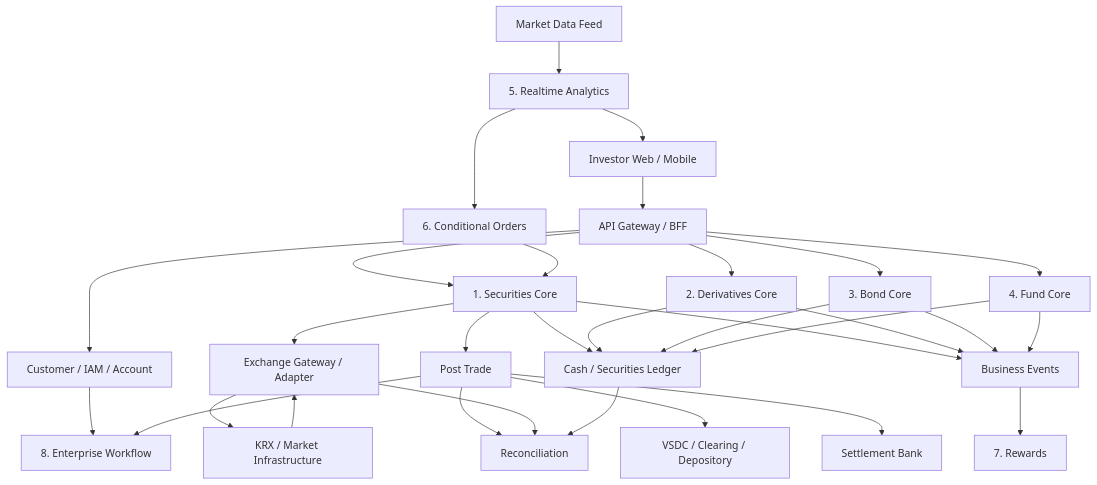
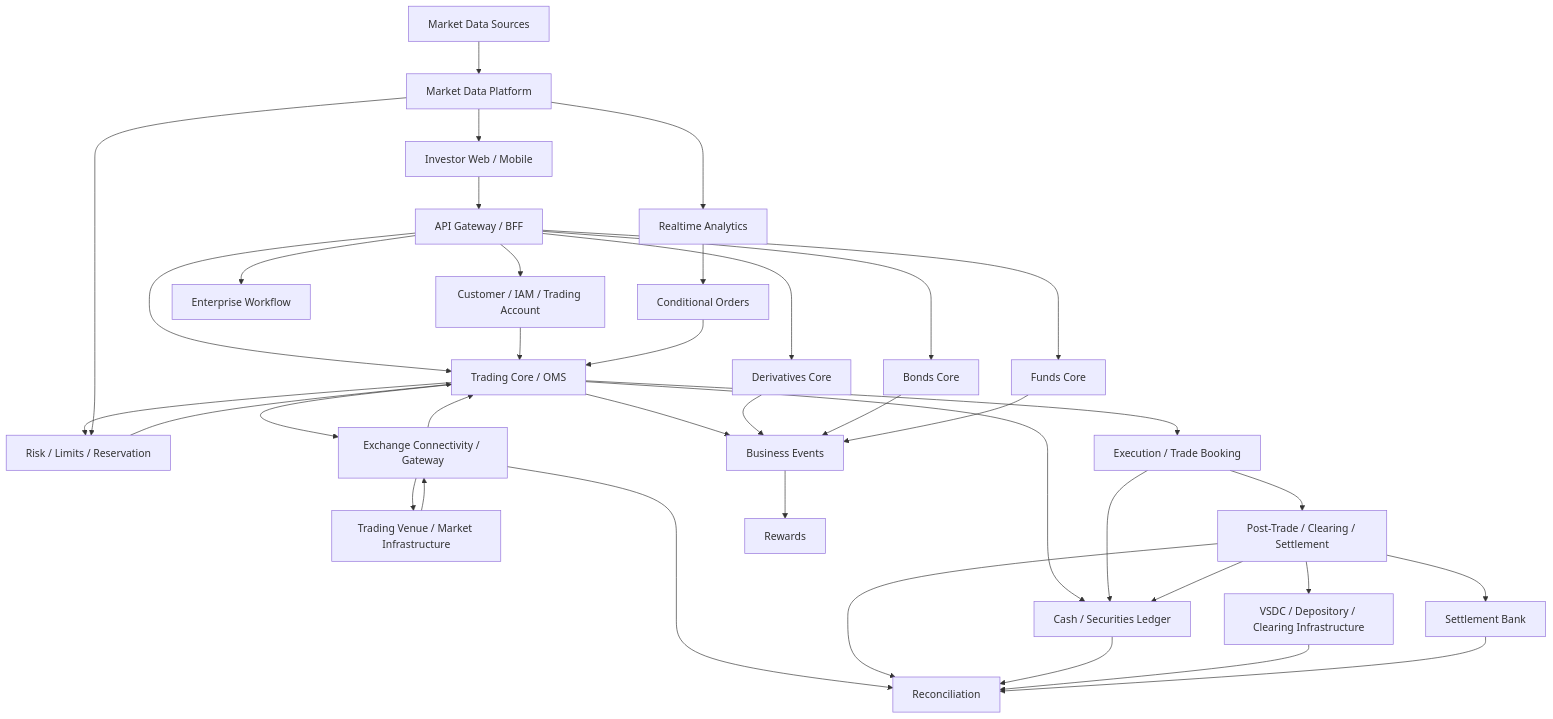
The diagram in docs/resources/system-map.md (Trinhduyet/securities.github.io), drawn with Mermaid before and after one commit. The commit also changed other lines of this file and 6 other files, not shown here.

````diff
--- a/docs/resources/system-map.md
+++ b/docs/resources/system-map.md
@@ -5,41 +18,48 @@
-```mermaid
+~~~mermaid
 flowchart TB
     INV[Investor Web / Mobile] --> API[API Gateway / BFF]
-    API --> IAM[Customer / IAM / Account]
+    API --> IAM[Customer / IAM / Trading Account]
 
-    API --> EQ[1. Securities Core]
-    API --> DER[2. Derivatives Core]
-    API --> BOND[3. Bond Core]
-    API --> FUND[4. Fund Core]
+    API --> OMS[Trading Core / OMS]
+    IAM --> OMS
+    OMS --> RISK[Risk / Limits / Reservation]
+    RISK --> OMS
 
-    MD[Market Data Feed] --> RT[5. Realtime Analytics]
-    RT --> INV
-    RT --> CO[6. Conditional Orders]
-    CO --> EQ
+    OMS --> EXGW[Exchange Connectivity / Gateway]
+    EXGW --> VENUE[Trading Venue / Market Infrastructure]
+    VENUE --> EXGW
+    EXGW --> OMS
 
-    EQ --> EXGW[Exchange Gateway / Adapter]
-    EXGW --> KRX[KRX / Market Infrastructure]
-    KRX --> EXGW
+    MKT[Market Data Sources] --> MD[Market Data Platform]
+    MD --> INV
+    MD --> RISK
+    MD --> ANA[Realtime Analytics]
+    ANA --> COND[Conditional Orders]
+    COND --> OMS
 
-    EQ --> PT[Post Trade]
-    PT --> VSDC[VSDC / Clearing / Depository]
-    PT --> BANK[Settlement Bank]
+    OMS --> TRADE[Execution / Trade Booking]
+    TRADE --> POST[Post-Trade / Clearing / Settlement]
+    POST --> VSDC[VSDC / Depository / Clearing Infrastructure]
+    POST --> BANK[Settlement Bank]
 
-    IAM --> WF[8. Enterprise Workflow]
-    PT --> WF
+    OMS --> LEDGER[Cash / Securities Ledger]
+    TRADE --> LEDGER
+    POST --> LEDGER
 
-    EQ --> EVT[Business Events]
+    EXGW --> RECON[Reconciliation]
+    POST --> RECON
+    LEDGER --> RECON
+    VSDC --> RECON
+    BANK --> RECON
+
+    API --> DER[Derivatives Core]
+    API --> BOND[Bonds Core]
+    API --> FUND[Funds Core]
+    API --> WF[Enterprise Workflow]
+
+    OMS --> EVT[Business Events]
     DER --> EVT
     BOND --> EVT
     FUND --> EVT
-    EVT --> REWARD[7. Rewards]
-
-    EQ --> LEDGER[Cash / Securities Ledger]
-    DER --> LEDGER
-    BOND --> LEDGER
-    FUND --> LEDGER
-
-    PT --> RECON[Reconciliation]
-    EXGW --> RECON
-    LEDGER --> RECON
-```
+    EVT --> REWARD[Rewards]
+~~~
````
